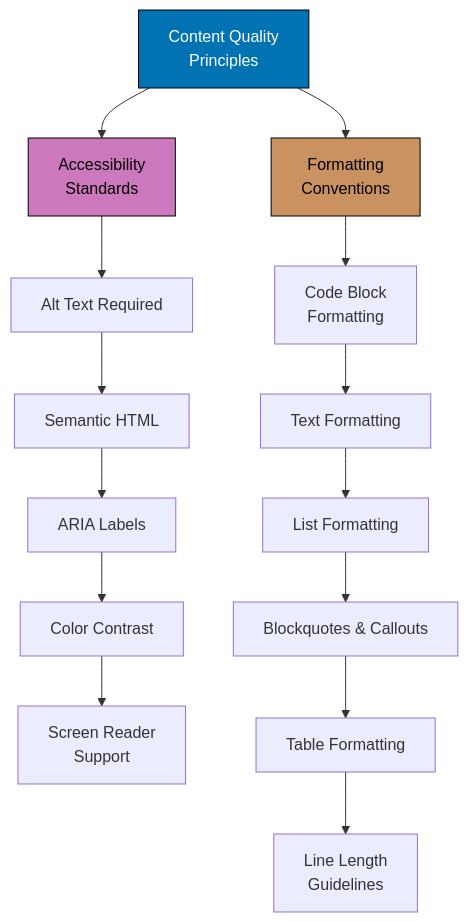
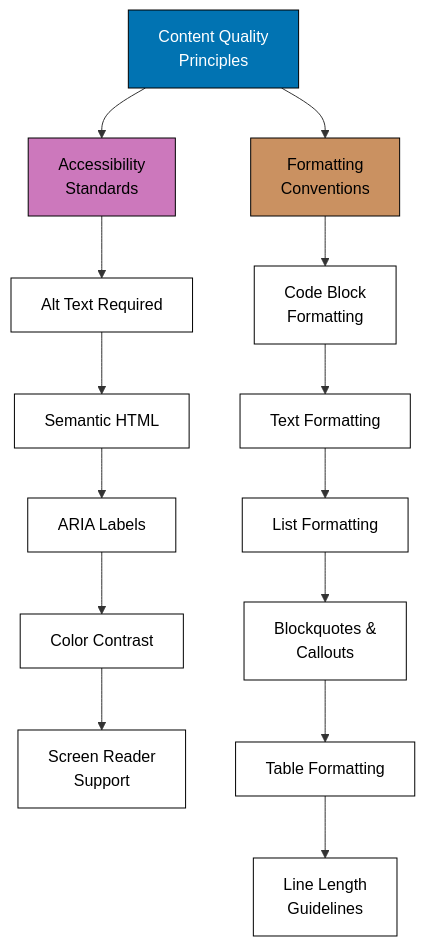
The second of 2 diagrams in repo-governance/conventions/writing/quality/purpose-scope-and-principles.md (wahidyankf/ose-public), drawn with Mermaid before and after one commit. The commit also changed other lines of this file and 220 other files, not shown here.

First line of the commit message:
docs: split mermaid labels to 20 graphemes and add palette defaults

````diff
--- a/repo-governance/conventions/writing/quality/purpose-scope-and-principles.md
+++ b/repo-governance/conventions/writing/quality/purpose-scope-and-principles.md
@@ -61,28 +62,29 @@
 ```mermaid
 %% Color Palette: Blue #0173B2, Orange #DE8F05, Teal #029E73, Purple #CC78BC, Brown #CA9161 %%
 graph TD
     accTitle: Scope (2)
     accDescr: Content Quality Principles leads to Accessibility Standards; Content Quality Principles leads to Formatting Conventions; Accessibility Standards leads to Alt Text Required; Alt Text Required leads to Semantic HTML; Semantic HTML leads to ARIA Labels; and 8 more links.
     A[Content Quality<br/>Principles] --> D[Accessibility<br/>Standards]
     A --> E[Formatting<br/>Conventions]
 
     D --> D1[Alt Text Required]
     D1 --> D2[Semantic HTML]
     D2 --> D3[ARIA Labels]
     D3 --> D4[Color Contrast]
     D4 --> D5[Screen Reader<br/>Support]
 
     E --> E1[Code Block<br/>Formatting]
     E1 --> E2[Text Formatting]
     E2 --> E3[List Formatting]
-    E3 --> E4[Blockquotes & Callouts]
+    E3 --> E4[Blockquotes &<br/>Callouts]
     E4 --> E5[Table Formatting]
     E5 --> E6[Line Length<br/>Guidelines]
 
     classDef blueNode fill:#0173B2,stroke:#000000,color:#FFFFFF
     classDef purpleNode fill:#CC78BC,stroke:#000000,color:#000000
     classDef brownNode fill:#CA9161,stroke:#000000,color:#000000
     class A blueNode
     class D purpleNode
     class E brownNode
+    classDef default fill:#FFFFFF,stroke:#000000,color:#000000
 ```
````
